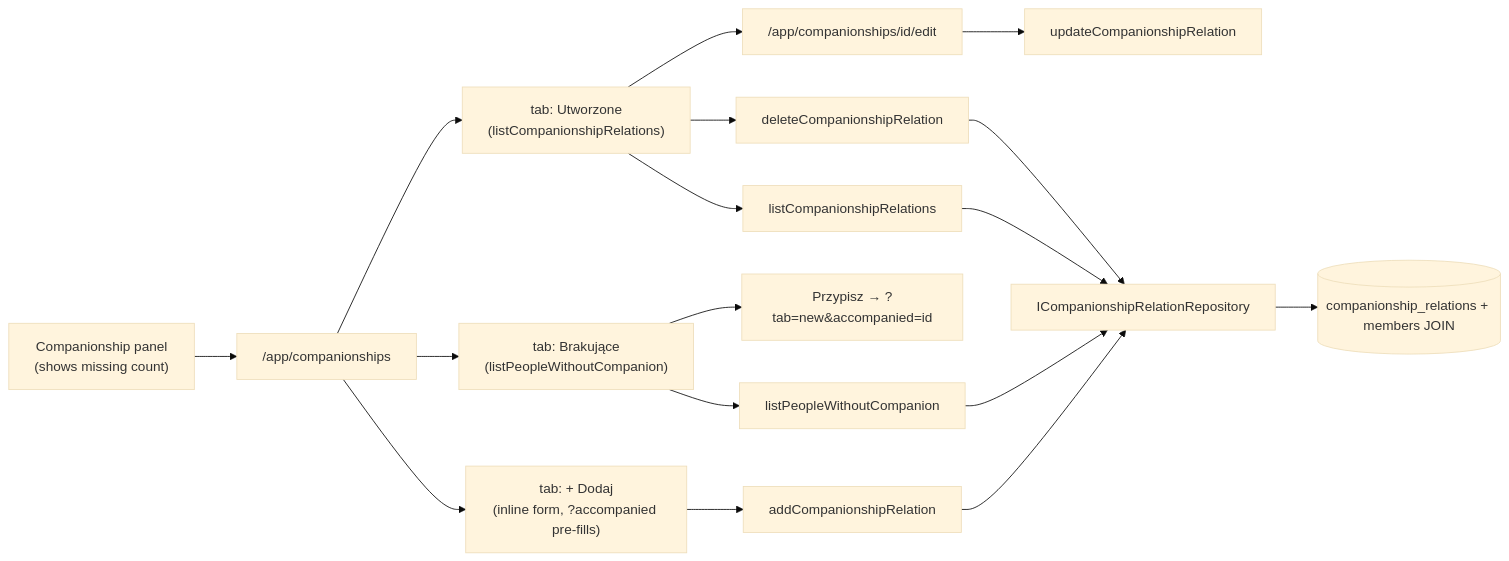
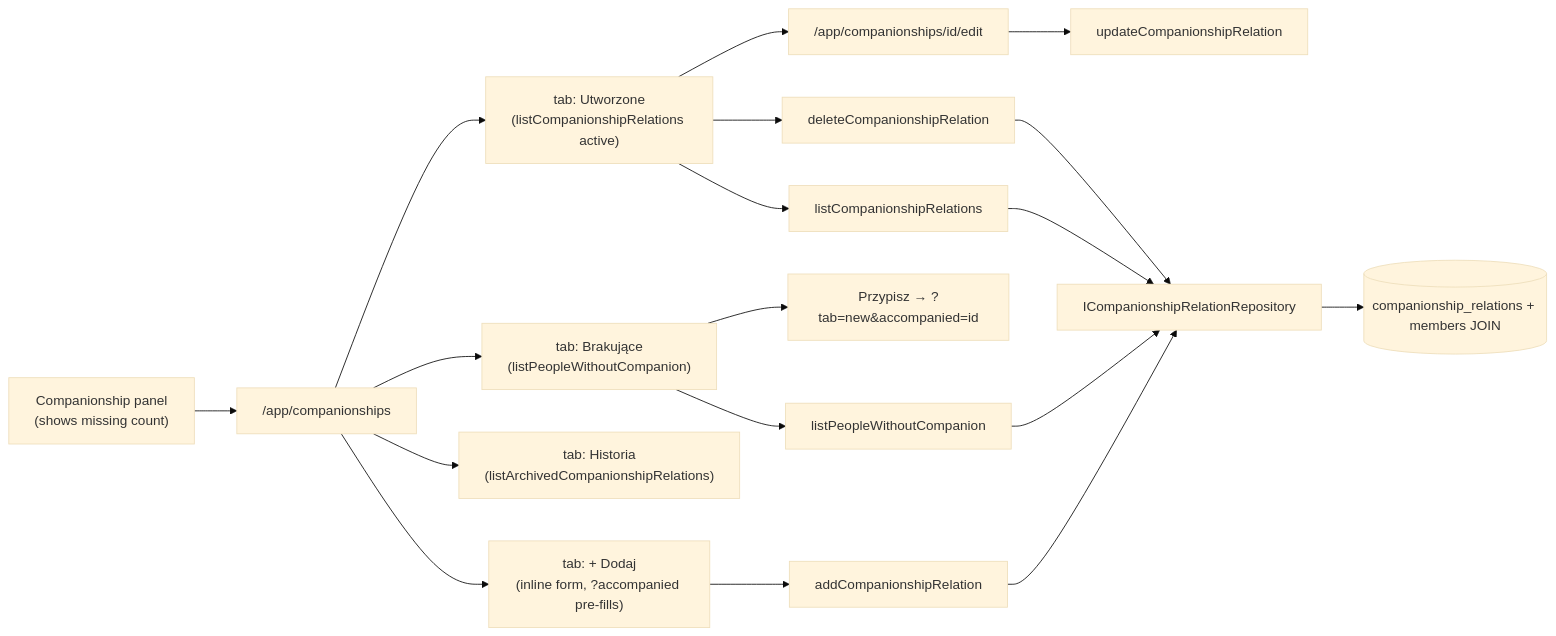
One commit to greg-latuszek/emma-companionship changed the sixth of 8 diagrams in docs/current-architecture.md. Above: the diagram before and after it, drawn with Mermaid (base theme). The commit also changed other lines of this file and 18 other files, not shown here.

First line of the commit message:
Add Historia tab for archived companionship relations

````diff
--- a/docs/current-architecture.md
+++ b/docs/current-architecture.md
@@ -206,19 +206,20 @@
 ```mermaid
 flowchart LR
   panel["Companionship panel\n(shows missing count)"] --> companionships["/app/companionships"]
-  companionships --> tabCreated["tab: Utworzone\n(listCompanionshipRelations)"]
+  companionships --> tabCreated["tab: Utworzone\n(listCompanionshipRelations active)"]
   companionships --> tabMissing["tab: Brakujące\n(listPeopleWithoutCompanion)"]
+  companionships --> tabHistory["tab: Historia\n(listArchivedCompanionshipRelations)"]
   companionships --> tabNew["tab: + Dodaj\n(inline form, ?accompanied pre-fills)"]
   tabCreated --> edit["/app/companionships/id/edit"]
   tabCreated --> remove[deleteCompanionshipRelation]
   tabMissing --> assign["Przypisz → ?tab=new&accompanied=id"]
   tabNew --> create[addCompanionshipRelation]
   create --> repo[ICompanionshipRelationRepository]
   edit --> update[updateCompanionshipRelation]
   remove --> repo
   tabCreated --> listRel[listCompanionshipRelations]
   tabMissing --> listMissing[listPeopleWithoutCompanion]
   listRel --> repo
   listMissing --> repo
   repo --> pg[(companionship_relations + members JOIN)]
 ```
````
